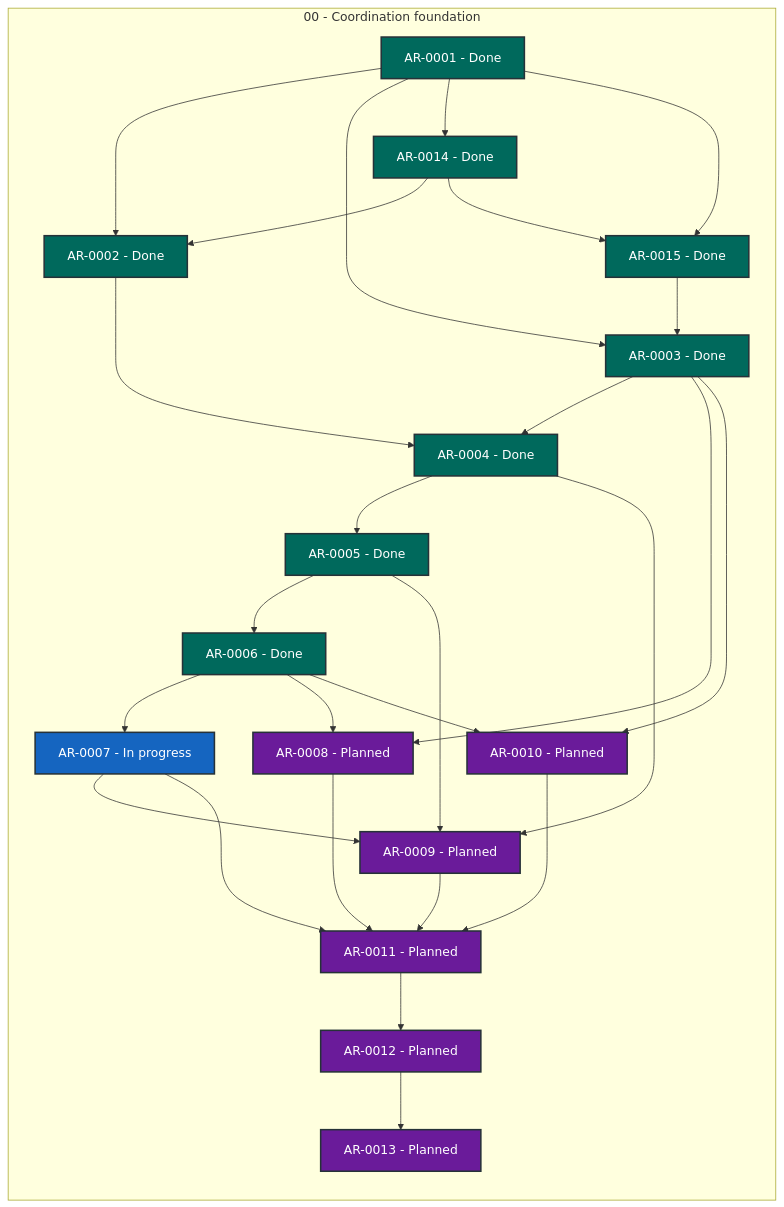
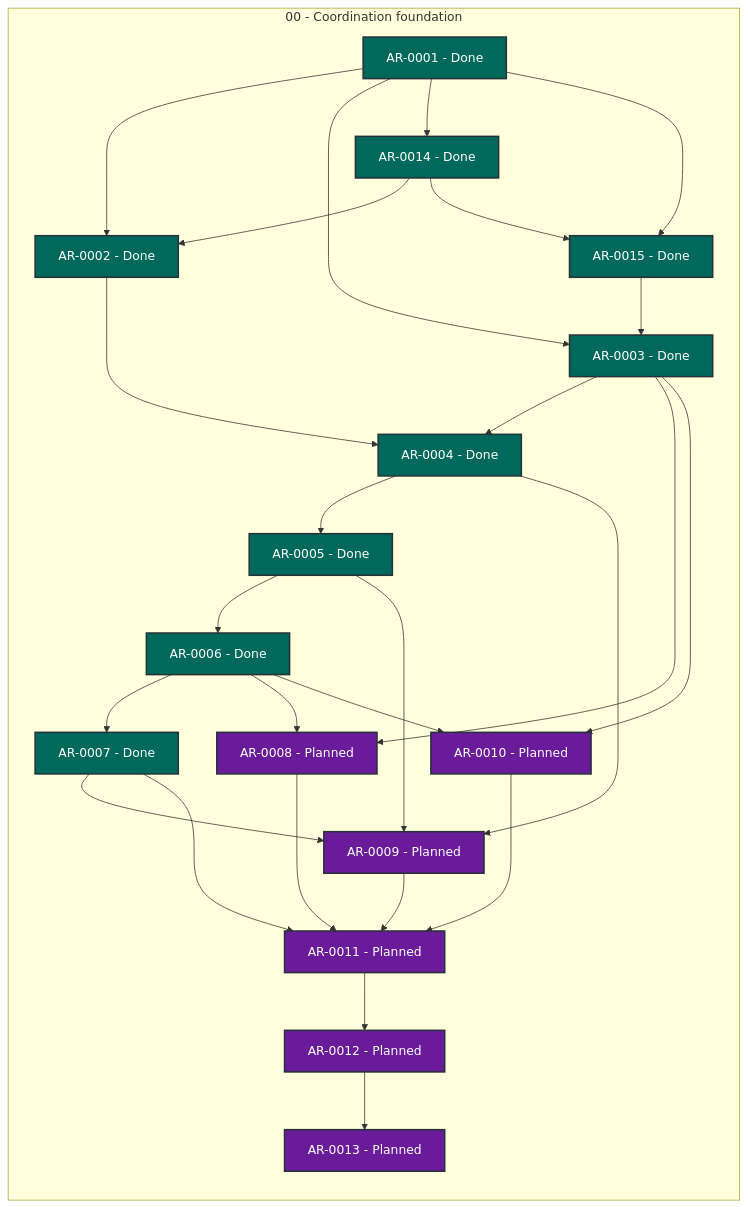
Before and after one commit to martin-beck/agent-workflow-tui-state: the diagram in STATUS.md, drawn with Mermaid. The commit also changed other lines of this file and 2 other files, not shown here.

````diff
--- a/STATUS.md
+++ b/STATUS.md
@@ -27,54 +27,54 @@
 ```mermaid
 flowchart LR
     subgraph series_00["00 - Coordination foundation"]
         direction TB
         AR_0001["AR-0001 - Done"]:::status_done
         AR_0002["AR-0002 - Done"]:::status_done
         AR_0003["AR-0003 - Done"]:::status_done
         AR_0004["AR-0004 - Done"]:::status_done
         AR_0005["AR-0005 - Done"]:::status_done
         AR_0006["AR-0006 - Done"]:::status_done
-        AR_0007["AR-0007 - In progress"]:::status_in_progress
+        AR_0007["AR-0007 - Done"]:::status_done
         AR_0008["AR-0008 - Planned"]:::status_planned
         AR_0009["AR-0009 - Planned"]:::status_planned
         AR_0010["AR-0010 - Planned"]:::status_planned
         AR_0011["AR-0011 - Planned"]:::status_planned
         AR_0012["AR-0012 - Planned"]:::status_planned
         AR_0013["AR-0013 - Planned"]:::status_planned
         AR_0014["AR-0014 - Done"]:::status_done
         AR_0015["AR-0015 - Done"]:::status_done
     end
     AR_0001 --> AR_0002
     AR_0001 --> AR_0003
     AR_0001 --> AR_0014
     AR_0001 --> AR_0015
     AR_0002 --> AR_0004
     AR_0003 --> AR_0004
     AR_0003 --> AR_0008
     AR_0003 --> AR_0010
     AR_0004 --> AR_0005
     AR_0004 --> AR_0009
     AR_0005 --> AR_0006
     AR_0005 --> AR_0009
     AR_0006 --> AR_0007
     AR_0006 --> AR_0008
     AR_0006 --> AR_0010
     AR_0007 --> AR_0009
     AR_0007 --> AR_0011
     AR_0008 --> AR_0011
     AR_0009 --> AR_0011
     AR_0010 --> AR_0011
     AR_0011 --> AR_0012
     AR_0012 --> AR_0013
     AR_0014 --> AR_0002
     AR_0014 --> AR_0015
     AR_0015 --> AR_0003
     classDef status_in_progress fill:#1565c0,color:#ffffff,stroke:#263238,stroke-width:2px
     classDef status_open fill:#2e7d32,color:#ffffff,stroke:#263238,stroke-width:2px
     classDef status_blocked fill:#c62828,color:#ffffff,stroke:#263238,stroke-width:2px
     classDef status_planned fill:#6a1b9a,color:#ffffff,stroke:#263238,stroke-width:2px
     classDef status_future fill:#455a64,color:#ffffff,stroke:#263238,stroke-width:2px
     classDef status_done fill:#00695c,color:#ffffff,stroke:#263238,stroke-width:2px
     classDef status_cancelled fill:#616161,color:#ffffff,stroke:#263238,stroke-width:2px
     classDef status_superseded fill:#5d4037,color:#ffffff,stroke:#263238,stroke-width:2px
 ```
````
